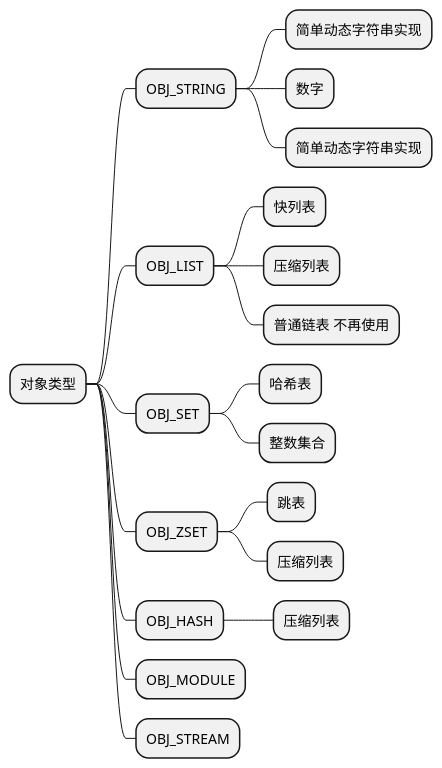
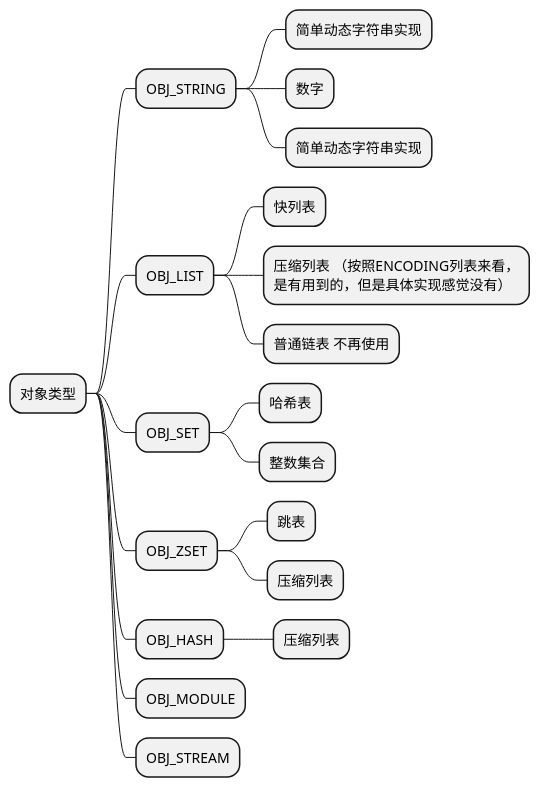
One commit to er1c-zh/blog changed the diagram in site/content/post/redis/data_struct.md. Above: the diagram before and after it, drawn with PlantUML. The commit also changed 2 other files, not shown here.

Commit message:
[add] redis 一些修正

````diff
--- a/site/content/post/redis/data_struct.md
+++ b/site/content/post/redis/data_struct.md
@@ -107,25 +107,25 @@
 ```plantuml
 @startmindmap
 
 * 对象类型
 ** OBJ_STRING
 *** 简单动态字符串实现
 *** 数字
 *** 简单动态字符串实现
 ** OBJ_LIST
 *** 快列表
-*** 压缩列表
+*** 压缩列表 （按照ENCODING列表来看，\n是有用到的，但是具体实现感觉没有）
 *** 普通链表 不再使用
 ** OBJ_SET
 *** 哈希表
 *** 整数集合
 ** OBJ_ZSET
 *** 跳表
 *** 压缩列表
 ** OBJ_HASH
 *** 压缩列表
 ** OBJ_MODULE
 ** OBJ_STREAM
 
 @endmindmap
 ```
````
